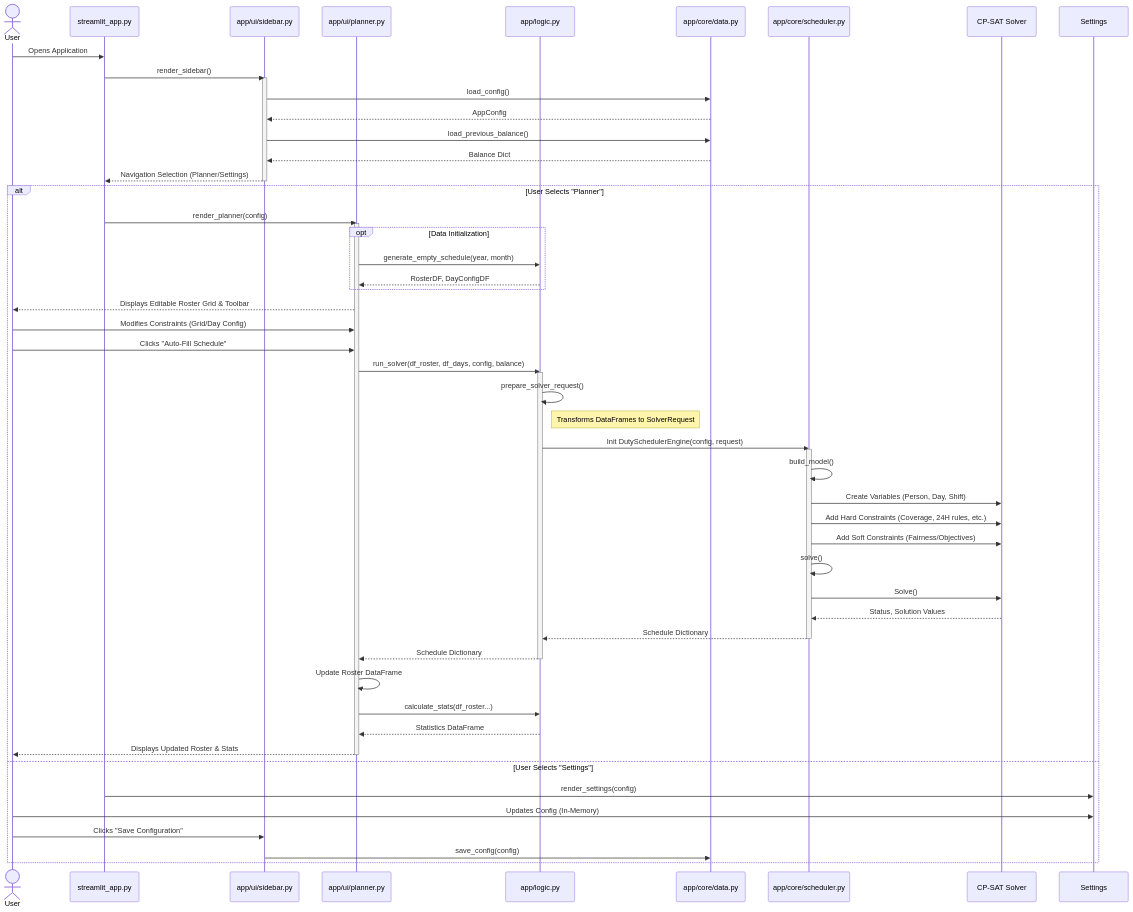
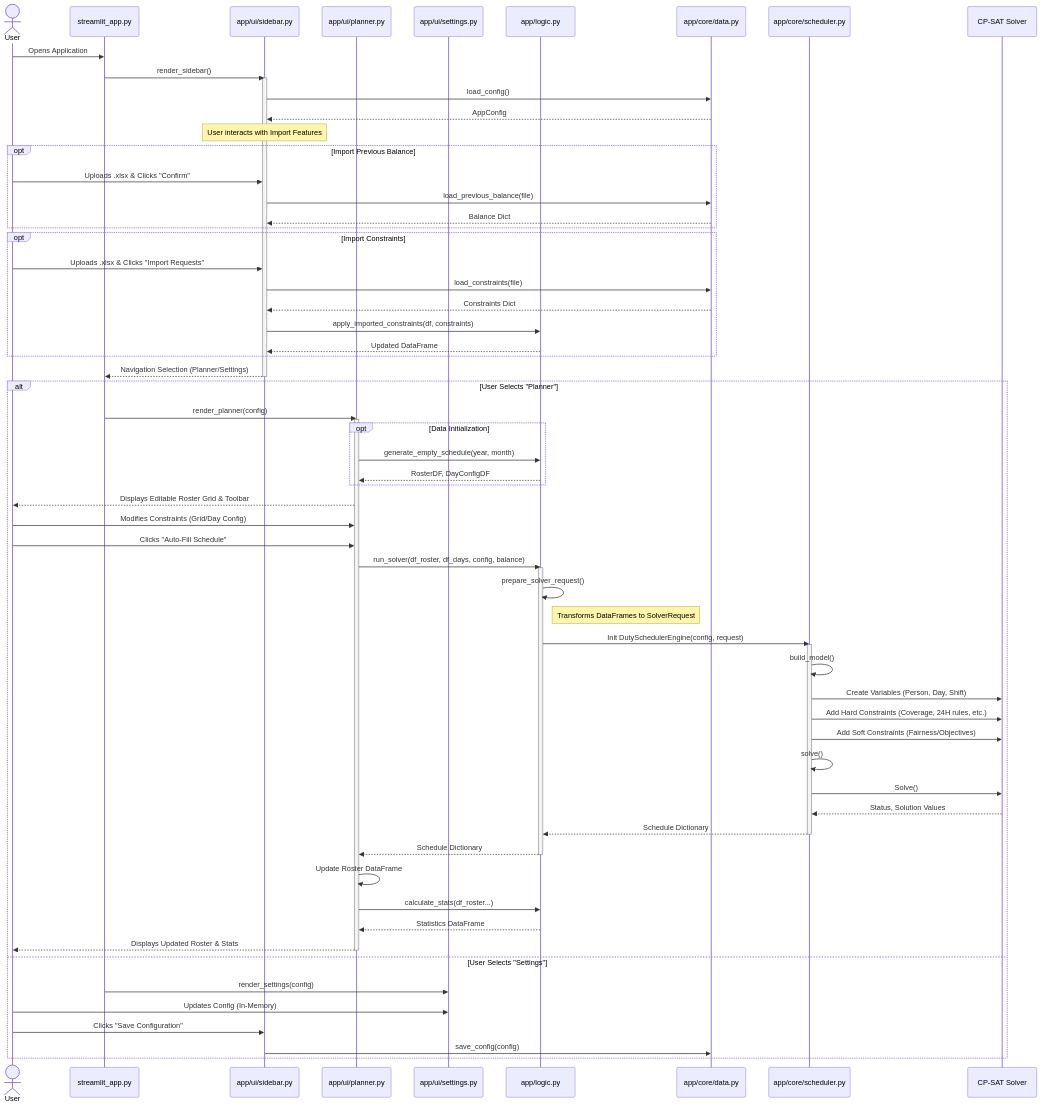
The diagram in README.md (genes3e7/Duty-Planner), drawn with Mermaid before and after one commit.

Commit message:
Update sequence diagram with import features
Added steps for importing previous balance and constraints in the sequence diagram. This clarifies user interactions and data flow for these features in the README.

```diff
--- a/README.md
+++ b/README.md
@@ -27,6 +27,7 @@
     participant Main as streamlit_app.py
     participant Sidebar as app/ui/sidebar.py
     participant Planner as app/ui/planner.py
+    participant Settings as app/ui/settings.py
     participant Logic as app/logic.py
     participant Data as app/core/data.py
     participant Engine as app/core/scheduler.py
@@ -37,8 +38,23 @@
     activate Sidebar
     Sidebar->>Data: load_config()
     Data-->>Sidebar: AppConfig
-    Sidebar->>Data: load_previous_balance()
-    Data-->>Sidebar: Balance Dict
+    
+    Note over Sidebar: User interacts with Import Features
+    
+    opt Import Previous Balance
+        User->>Sidebar: Uploads .xlsx & Clicks "Confirm"
+        Sidebar->>Data: load_previous_balance(file)
+        Data-->>Sidebar: Balance Dict
+    end
+
+    opt Import Constraints
+        User->>Sidebar: Uploads .xlsx & Clicks "Import Requests"
+        Sidebar->>Data: load_constraints(file)
+        Data-->>Sidebar: Constraints Dict
+        Sidebar->>Logic: apply_imported_constraints(df, constraints)
+        Logic-->>Sidebar: Updated DataFrame
+    end
+
     Sidebar-->>Main: Navigation Selection (Planner/Settings)
     deactivate Sidebar
 
```
